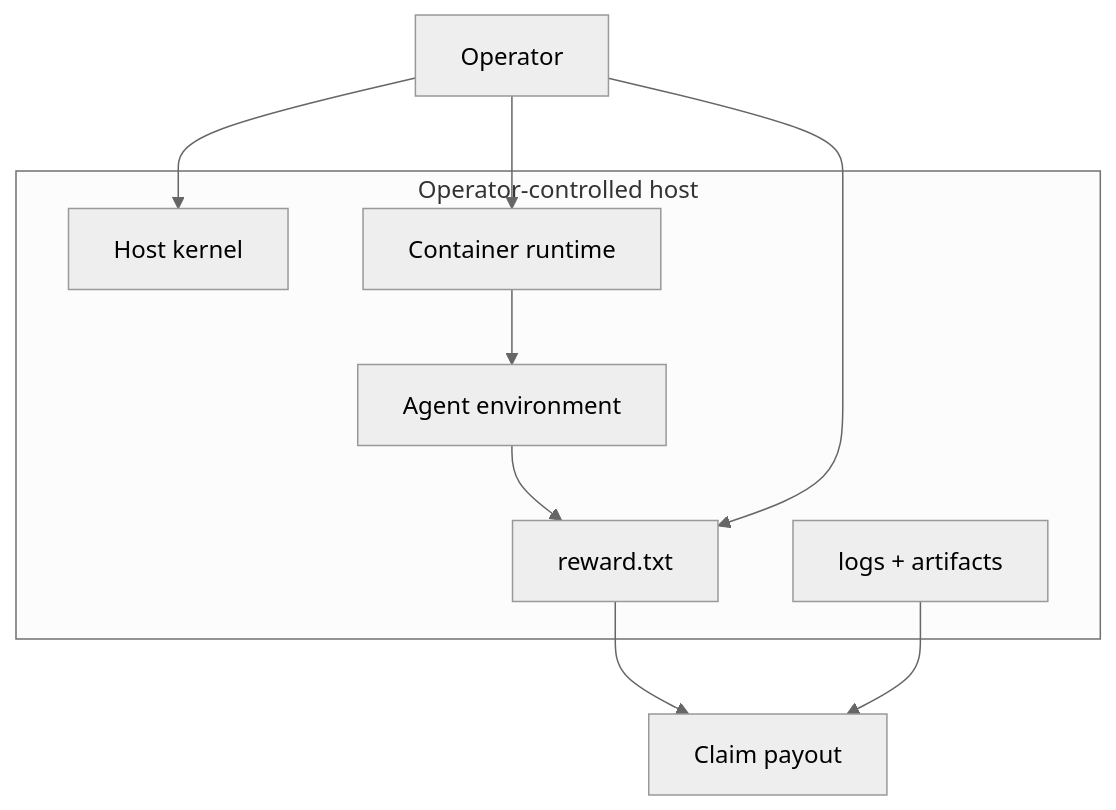
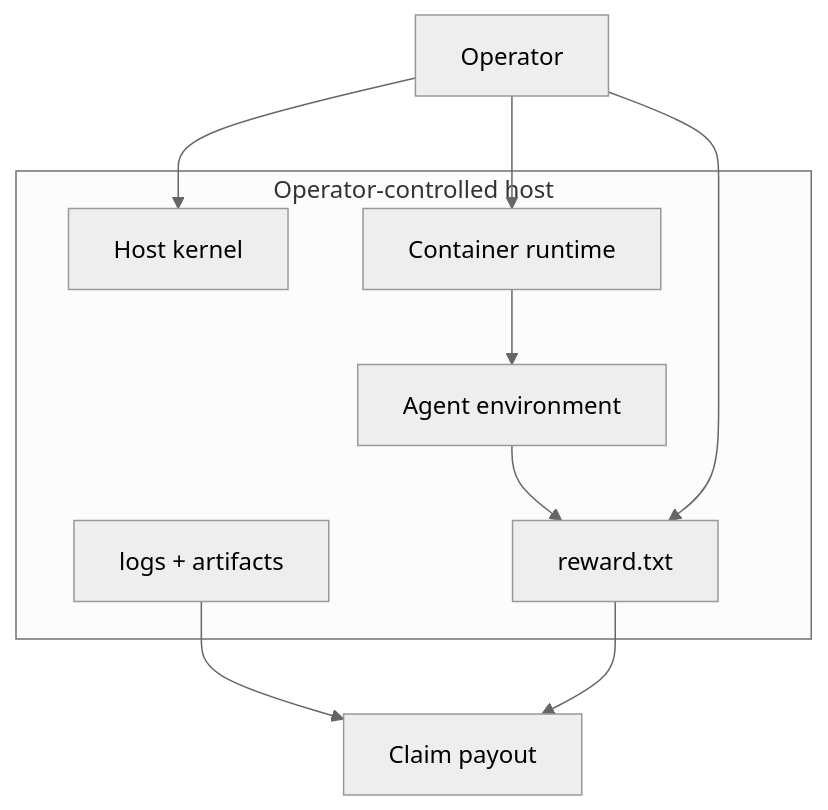
Before and after one commit to arakoodev/SolRL: the fifth of 13 diagrams in why.md, drawn with Mermaid (neutral theme). The commit also changed other lines of this file, not shown here.

````diff
--- a/why.md
+++ b/why.md
@@ -93,18 +111,18 @@
 ```mermaid
 flowchart TB
     subgraph host["Operator-controlled host"]
         Kernel["Host kernel"]
         Runtime["Container runtime"]
         Env["Agent environment"]
-        RewardFile["reward.txt"]
+        Reward["reward.txt"]
         Logs["logs + artifacts"]
     end
 
     Operator["Operator"] --> Kernel
     Operator --> Runtime
     Runtime --> Env
-    Env --> RewardFile
-    Operator --> RewardFile
-    RewardFile --> Claim["Claim payout"]
-    Logs --> Claim
+    Env --> Reward
+    Operator --> Reward
+    Logs --> Claim["Claim payout"]
+    Reward --> Claim
 ```
````
